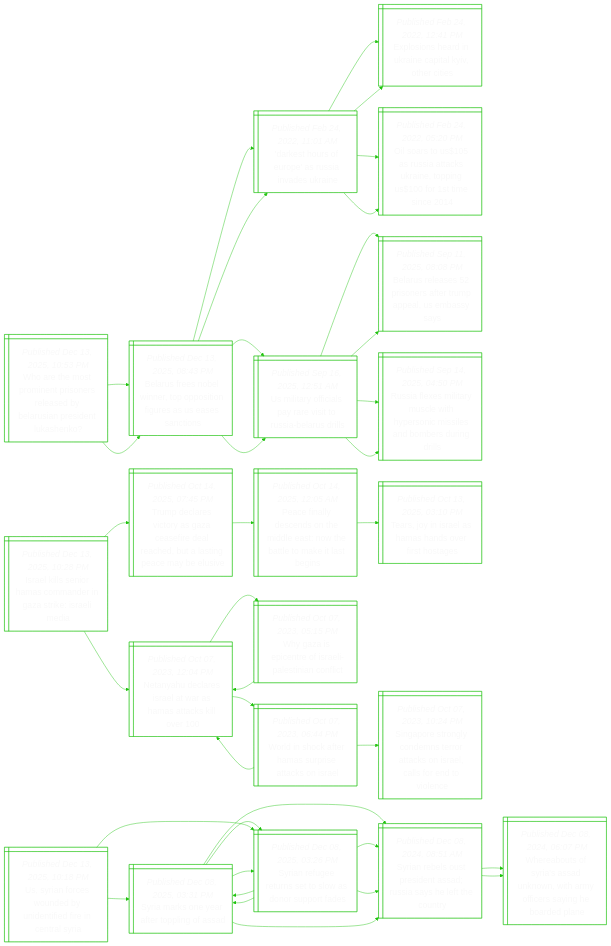
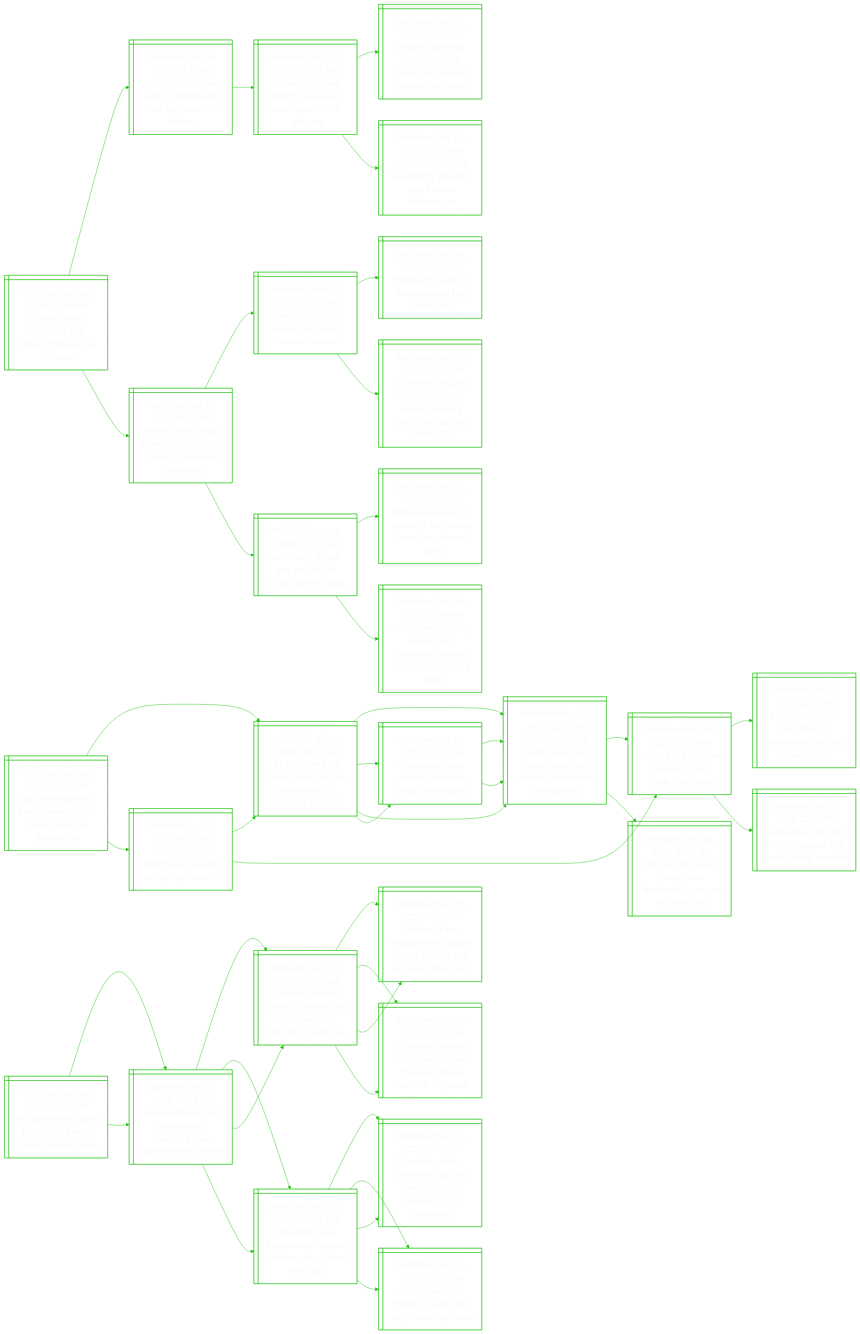
One commit to notJmes/notJmes changed the diagram in README.md. Above: the diagram before and after it, drawn with Mermaid. The commit also changed other lines of this file, not shown here.

````diff
--- a/README.md
+++ b/README.md
@@ -16,22 +16,62 @@
 flowchart LR
 classDef txtsize font-size:20px;
 
-WeoonssayrniLh@{ shape: win-pane, label: "_Published Dec 13, 2025, 10:53 PM_
-Who are the most prominent prisoners released by belarusian president lukashenko?" }
-BueenpsnrUecs@{ shape: win-pane, label: "_Published Dec 13, 2025, 08:43 PM_
-Belarus frees nobel winner, top opposition figures as us eases sanctions" }
-DsruasvUn@{ shape: win-pane, label: "_Published Feb 24, 2022, 11:01 AM_
-'darkest hours of europe' as russia invades ukraine" }
-Eshiaalocs@{ shape: win-pane, label: "_Published Feb 24, 2022, 12:41 PM_
-Explosions heard in ukraine capital kyiv, other cities" }
-OaUuakaogrmc@{ shape: win-pane, label: "_Published Feb 24, 2022, 05:20 PM_
-Oil soars to us$105 as russia attacks ukraine, topping us$100 for 1st time since 2014" }
-Uioiaetsesl@{ shape: win-pane, label: "_Published Sep 16, 2025, 12:51 AM_
-Us military officials pay rare visit to russia-belarus drills" }
-BuepnfrpUaa@{ shape: win-pane, label: "_Published Sep 11, 2025, 08:08 PM_
-Belarus releases 52 prisoners after trump appeal, us embassy says" }
-Raeimehsmlderr@{ shape: win-pane, label: "_Published Sep 14, 2025, 04:50 PM_
-Russia flexes military muscle with hypersonic missiles and bombers during drills" }
+Shurcmlovwal@{ shape: win-pane, label: "_Published Dec 14, 2025, 03:12 AM_
+‘stop the slaughter’: french farmers block roads over cow disease cull" }
+Bleprnewiir@{ shape: win-pane, label: "_Published Jul 30, 2025, 08:10 AM_
+Bird flu wiped out poultry, and now the screw worm is coming for beef" }
+Mogcessrougerw@{ shape: win-pane, label: "_Published May 14, 2025, 12:12 AM_
+Mexico to tighten cattle flows from south, rules out shutting border over screwworm" }
+SdfronitSy@{ shape: win-pane, label: "_Published Feb 06, 2025, 05:33 AM_
+Second bird flu strain found in us dairy cattle, usda says" }
+UsncesanSaa@{ shape: win-pane, label: "_Published Apr 14, 2025, 01:21 AM_
+Uk says ‘will never change food standards’ in any us-uk trade deal" }
+SesMothnem@{ shape: win-pane, label: "_Published Jul 11, 2025, 09:53 PM_
+Sniffer dogs help mexico fight flesh-eating screwworm" }
+Mogcessrougerw@{ shape: win-pane, label: "_Published May 14, 2025, 12:12 AM_
+Mexico to tighten cattle flows from south, rules out shutting border over screwworm" }
+Mogcessrougerw@{ shape: win-pane, label: "_Published May 14, 2025, 12:12 AM_
+Mexico to tighten cattle flows from south, rules out shutting border over screwworm" }
+Blbboaaaet@{ shape: win-pane, label: "_Published Aug 05, 2025, 09:25 AM_
+Bird flu may be airborne on us dairy farms, say scientists" }
+Bleprnewiir@{ shape: win-pane, label: "_Published Jul 30, 2025, 08:10 AM_
+Bird flu wiped out poultry, and now the screw worm is coming for beef" }
+Mogcessrougerw@{ shape: win-pane, label: "_Published May 14, 2025, 12:12 AM_
+Mexico to tighten cattle flows from south, rules out shutting border over screwworm" }
+SesMothnem@{ shape: win-pane, label: "_Published Jul 11, 2025, 09:53 PM_
+Sniffer dogs help mexico fight flesh-eating screwworm" }
+SdfronitSy@{ shape: win-pane, label: "_Published Feb 06, 2025, 05:33 AM_
+Second bird flu strain found in us dairy cattle, usda says" }
+EoentUtnteih@{ shape: win-pane, label: "_Published Feb 04, 2025, 11:37 PM_
+Egg shortages are now hitting us restaurants, with no relief in sight" }
+Knyiurhuiea@{ shape: win-pane, label: "_Published Jan 28, 2025, 12:10 PM_
+Keeping an eye on bird flu outbreak that could quickly escalate" }
+
+Shurcmlovwal:::txtsize --> Bleprnewiir:::txtsize
+Bleprnewiir:::txtsize --> Mogcessrougerw:::txtsize
+Mogcessrougerw:::txtsize --> SdfronitSy:::txtsize
+Mogcessrougerw:::txtsize --> UsncesanSaa:::txtsize
+Bleprnewiir:::txtsize --> SesMothnem:::txtsize
+SesMothnem:::txtsize --> Mogcessrougerw:::txtsize
+SesMothnem:::txtsize --> Mogcessrougerw:::txtsize
+Shurcmlovwal:::txtsize --> Blbboaaaet:::txtsize
+Blbboaaaet:::txtsize --> Bleprnewiir:::txtsize
+Bleprnewiir:::txtsize --> Mogcessrougerw:::txtsize
+Bleprnewiir:::txtsize --> SesMothnem:::txtsize
+Blbboaaaet:::txtsize --> SdfronitSy:::txtsize
+SdfronitSy:::txtsize --> EoentUtnteih:::txtsize
+SdfronitSy:::txtsize --> Knyiurhuiea:::txtsize
+
+Usrrobooiin@{ shape: win-pane, label: "_Published Dec 14, 2025, 01:44 AM_
+Us says belarus agreed to stop balloon flyovers into lithuania" }
+Laeetmnelfes@{ shape: win-pane, label: "_Published Dec 09, 2025, 09:17 PM_
+Lithuania declares state of emergency over balloons from belarus" }
+LaVuphgvlssp@{ shape: win-pane, label: "_Published Dec 07, 2025, 01:31 AM_
+Lithuania’s vilnius airport shuts again over balloons in its airspace" }
+Buhaeocsaesvt@{ shape: win-pane, label: "_Published Dec 02, 2025, 03:59 AM_
+Belarus, lithuania trade diplomatic barbs over alleged airspace violations" }
+LaoaecunBulP@{ shape: win-pane, label: "_Published Dec 05, 2025, 10:37 PM_
+Lithuania to declare ‘emergency situation’ over belarus balloons: pm" }
 BueenpsnrUecs@{ shape: win-pane, label: "_Published Dec 13, 2025, 08:43 PM_
 Belarus frees nobel winner, top opposition figures as us eases sanctions" }
 DsruasvUn@{ shape: win-pane, label: "_Published Feb 24, 2022, 11:01 AM_
@@ -47,14 +87,11 @@
 Raeimehsmlderr@{ shape: win-pane, label: "_Published Sep 14, 2025, 04:50 PM_
 Russia flexes military muscle with hypersonic missiles and bombers during drills" }
 
-WeoonssayrniLh:::txtsize --> BueenpsnrUecs:::txtsize
-BueenpsnrUecs:::txtsize --> DsruasvUn:::txtsize
-DsruasvUn:::txtsize --> Eshiaalocs:::txtsize
-DsruasvUn:::txtsize --> OaUuakaogrmc:::txtsize
-BueenpsnrUecs:::txtsize --> Uioiaetsesl:::txtsize
-Uioiaetsesl:::txtsize --> BuepnfrpUaa:::txtsize
-Uioiaetsesl:::txtsize --> Raeimehsmlderr:::txtsize
-WeoonssayrniLh:::txtsize --> BueenpsnrUecs:::txtsize
+Usrrobooiin:::txtsize --> Laeetmnelfes:::txtsize
+Laeetmnelfes:::txtsize --> LaVuphgvlssp:::txtsize
+LaVuphgvlssp:::txtsize --> Buhaeocsaesvt:::txtsize
+LaVuphgvlssp:::txtsize --> LaoaecunBulP:::txtsize
+Usrrobooiin:::txtsize --> BueenpsnrUecs:::txtsize
 BueenpsnrUecs:::txtsize --> DsruasvUn:::txtsize
 DsruasvUn:::txtsize --> Eshiaalocs:::txtsize
 DsruasvUn:::txtsize --> OaUuakaogrmc:::txtsize
@@ -62,75 +99,50 @@
 Uioiaetsesl:::txtsize --> BuepnfrpUaa:::txtsize
 Uioiaetsesl:::txtsize --> Raeimehsmlderr:::txtsize
 
-Ilsoamrzirm@{ shape: win-pane, label: "_Published Dec 13, 2025, 10:28 PM_
-Israel kills senior hamas commander in gaza strike: israeli media" }
-Tdrcaaededlncbs@{ shape: win-pane, label: "_Published Oct 14, 2025, 07:45 PM_
-Trump declares victory as gaza ceasefire deal reached, but a lasting peace may be elusive" }
-PflcoMeNelale@{ shape: win-pane, label: "_Published Oct 14, 2025, 12:05 AM_
-Peace finally descends on the middle east: now the battle to make it last begins" }
-TjIlmnest@{ shape: win-pane, label: "_Published Oct 13, 2025, 03:10 PM_
-Tears, joy in israel as hamas hands over first hostages" }
-NyeeawHakl@{ shape: win-pane, label: "_Published Oct 07, 2023, 12:04 PM_
-Netanyahu declares israel at war as hamas attacks kill over 100" }
-WzptIleint@{ shape: win-pane, label: "_Published Oct 07, 2023, 05:15 PM_
-Why gaza is epicentre of israeli-palestinian conflict" }
-NyeeawHakl@{ shape: win-pane, label: "_Published Oct 07, 2023, 12:04 PM_
-Netanyahu declares israel at war as hamas attacks kill over 100" }
-Wiceapaks@{ shape: win-pane, label: "_Published Oct 07, 2023, 06:44 PM_
-World in shock after hamas surprise attacks on israel" }
-NyeeawHakl@{ shape: win-pane, label: "_Published Oct 07, 2023, 12:04 PM_
-Netanyahu declares israel at war as hamas attacks kill over 100" }
-SptldtrcIlsnic@{ shape: win-pane, label: "_Published Oct 07, 2023, 10:24 PM_
-Singapore strongly condemns terror attacks on israel, calls for end to violence" }
+RanatiTssrs@{ shape: win-pane, label: "_Published Dec 14, 2025, 01:13 AM_
+Russian drone attack hits civilian turkish vessel, ukraine says" }
+Racoirmgeins@{ shape: win-pane, label: "_Published Dec 12, 2025, 11:43 PM_
+Russia attacks two ukraine ports, damaging three turkish-owned vessels" }
+UnaRadesiaele@{ shape: win-pane, label: "_Published Dec 11, 2025, 04:22 AM_
+Ukraine disables russian ‘shadow fleet’ vessel with sea drones in black sea" }
+UntaluneBScyca@{ shape: win-pane, label: "_Published Nov 29, 2025, 08:09 PM_
+Ukraine hit two ‘shadow fleet’ russian tankers in black sea, security official says" }
+Eeadsaiuccmoc@{ shape: win-pane, label: "_Published Dec 11, 2025, 01:32 AM_
+European leaders discuss ukraine with trump at ‘critical moment’ for peace" }
+Zssuskekrflo@{ shape: win-pane, label: "_Published Dec 12, 2025, 09:58 PM_
+Zelensky visits kupyansk as ukraine retakes parts of front-line town" }
+UnlyiRaitsuiKn@{ shape: win-pane, label: "_Published Nov 21, 2025, 03:19 AM_
+Ukraine’s military dismisses russia’s claim that it has captured city of kupyansk" }
+Unsltnoiabs@{ shape: win-pane, label: "_Published Dec 03, 2025, 12:53 AM_
+Ukraine says still fighting in pokrovsk, city claimed by russia" }
+Racoirmgeins@{ shape: win-pane, label: "_Published Dec 12, 2025, 11:43 PM_
+Russia attacks two ukraine ports, damaging three turkish-owned vessels" }
+UnaRadesiaele@{ shape: win-pane, label: "_Published Dec 11, 2025, 04:22 AM_
+Ukraine disables russian ‘shadow fleet’ vessel with sea drones in black sea" }
+UntaluneBScyca@{ shape: win-pane, label: "_Published Nov 29, 2025, 08:09 PM_
+Ukraine hit two ‘shadow fleet’ russian tankers in black sea, security official says" }
+Eeadsaiuccmoc@{ shape: win-pane, label: "_Published Dec 11, 2025, 01:32 AM_
+European leaders discuss ukraine with trump at ‘critical moment’ for peace" }
+Zssuskekrflo@{ shape: win-pane, label: "_Published Dec 12, 2025, 09:58 PM_
+Zelensky visits kupyansk as ukraine retakes parts of front-line town" }
+UnlyiRaitsuiKn@{ shape: win-pane, label: "_Published Nov 21, 2025, 03:19 AM_
+Ukraine’s military dismisses russia’s claim that it has captured city of kupyansk" }
+Unsltnoiabs@{ shape: win-pane, label: "_Published Dec 03, 2025, 12:53 AM_
+Ukraine says still fighting in pokrovsk, city claimed by russia" }
 
-Ilsoamrzirm:::txtsize --> Tdrcaaededlncbs:::txtsize
-Tdrcaaededlncbs:::txtsize --> PflcoMeNelale:::txtsize
-PflcoMeNelale:::txtsize --> TjIlmnest:::txtsize
-Ilsoamrzirm:::txtsize --> NyeeawHakl:::txtsize
-NyeeawHakl:::txtsize --> WzptIleint:::txtsize
-WzptIleint:::txtsize --> NyeeawHakl:::txtsize
-NyeeawHakl:::txtsize --> Wiceapaks:::txtsize
-Wiceapaks:::txtsize --> NyeeawHakl:::txtsize
-Wiceapaks:::txtsize --> SptldtrcIlsnic:::txtsize
-
-Uirodiifnrr@{ shape: win-pane, label: "_Published Dec 13, 2025, 10:18 PM_
-Us, syrian forces wounded by unidentified fire in central syria" }
-Smoaepoa@{ shape: win-pane, label: "_Published Dec 08, 2025, 03:31 PM_
-Syria marks one year after toppling of assad" }
-SnltiARahtoy@{ shape: win-pane, label: "_Published Dec 08, 2024, 08:51 AM_
-Syrian rebels oust president assad; russia says he left the country" }
-Wasrsnnafriben@{ shape: win-pane, label: "_Published Dec 08, 2024, 06:07 PM_
-Whereabouts of syria's assad unknown, with army officers saying he boarded plane" }
-Sngtsssrod@{ shape: win-pane, label: "_Published Dec 08, 2025, 03:26 PM_
-Syrian refugee returns set to slow as donor support fades" }
-SnltiARahtoy@{ shape: win-pane, label: "_Published Dec 08, 2024, 08:51 AM_
-Syrian rebels oust president assad; russia says he left the country" }
-Smoaepoa@{ shape: win-pane, label: "_Published Dec 08, 2025, 03:31 PM_
-Syria marks one year after toppling of assad" }
-Sngtsssrod@{ shape: win-pane, label: "_Published Dec 08, 2025, 03:26 PM_
-Syrian refugee returns set to slow as donor support fades" }
-SnltiARahtoy@{ shape: win-pane, label: "_Published Dec 08, 2024, 08:51 AM_
-Syrian rebels oust president assad; russia says he left the country" }
-Wasrsnnafriben@{ shape: win-pane, label: "_Published Dec 08, 2024, 06:07 PM_
-Whereabouts of syria's assad unknown, with army officers saying he boarded plane" }
-Smoaepoa@{ shape: win-pane, label: "_Published Dec 08, 2025, 03:31 PM_
-Syria marks one year after toppling of assad" }
-SnltiARahtoy@{ shape: win-pane, label: "_Published Dec 08, 2024, 08:51 AM_
-Syrian rebels oust president assad; russia says he left the country" }
-Sngtsssrod@{ shape: win-pane, label: "_Published Dec 08, 2025, 03:26 PM_
-Syrian refugee returns set to slow as donor support fades" }
-
-Uirodiifnrr:::txtsize --> Smoaepoa:::txtsize
-Smoaepoa:::txtsize --> SnltiARahtoy:::txtsize
-SnltiARahtoy:::txtsize --> Wasrsnnafriben:::txtsize
-Smoaepoa:::txtsize --> Sngtsssrod:::txtsize
-Sngtsssrod:::txtsize --> SnltiARahtoy:::txtsize
-Sngtsssrod:::txtsize --> Smoaepoa:::txtsize
-Uirodiifnrr:::txtsize --> Sngtsssrod:::txtsize
-Sngtsssrod:::txtsize --> SnltiARahtoy:::txtsize
-SnltiARahtoy:::txtsize --> Wasrsnnafriben:::txtsize
-Sngtsssrod:::txtsize --> Smoaepoa:::txtsize
-Smoaepoa:::txtsize --> SnltiARahtoy:::txtsize
-Smoaepoa:::txtsize --> Sngtsssrod:::txtsize
+RanatiTssrs:::txtsize --> Racoirmgeins:::txtsize
+Racoirmgeins:::txtsize --> UnaRadesiaele:::txtsize
+UnaRadesiaele:::txtsize --> UntaluneBScyca:::txtsize
+UnaRadesiaele:::txtsize --> Eeadsaiuccmoc:::txtsize
+Racoirmgeins:::txtsize --> Zssuskekrflo:::txtsize
+Zssuskekrflo:::txtsize --> UnlyiRaitsuiKn:::txtsize
+Zssuskekrflo:::txtsize --> Unsltnoiabs:::txtsize
+RanatiTssrs:::txtsize --> Racoirmgeins:::txtsize
+Racoirmgeins:::txtsize --> UnaRadesiaele:::txtsize
+UnaRadesiaele:::txtsize --> UntaluneBScyca:::txtsize
+UnaRadesiaele:::txtsize --> Eeadsaiuccmoc:::txtsize
+Racoirmgeins:::txtsize --> Zssuskekrflo:::txtsize
+Zssuskekrflo:::txtsize --> UnlyiRaitsuiKn:::txtsize
+Zssuskekrflo:::txtsize --> Unsltnoiabs:::txtsize
 
 ```
````
